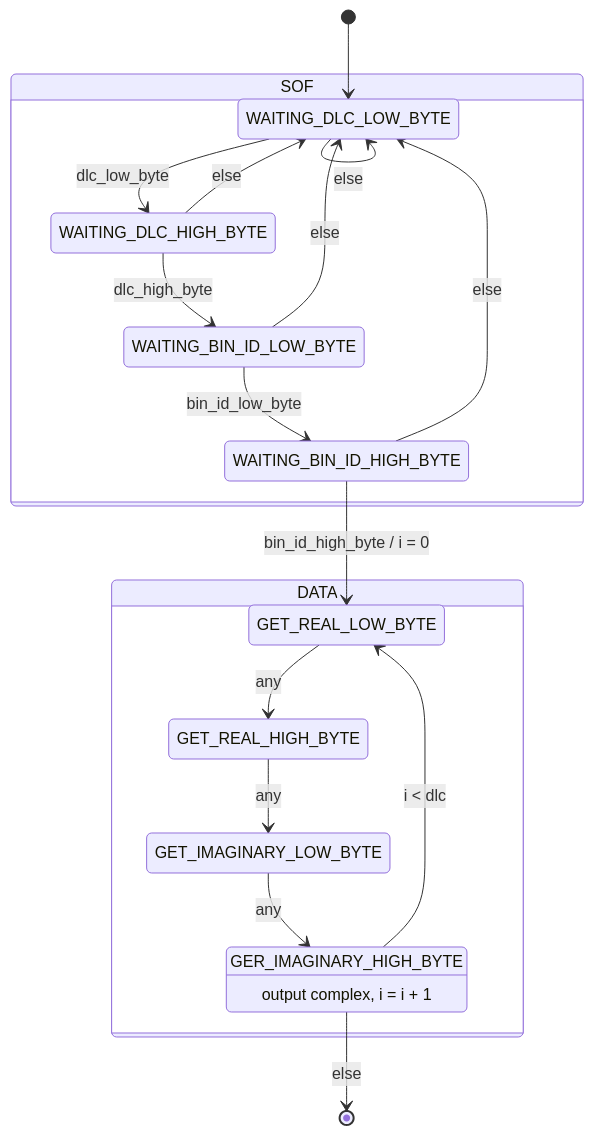
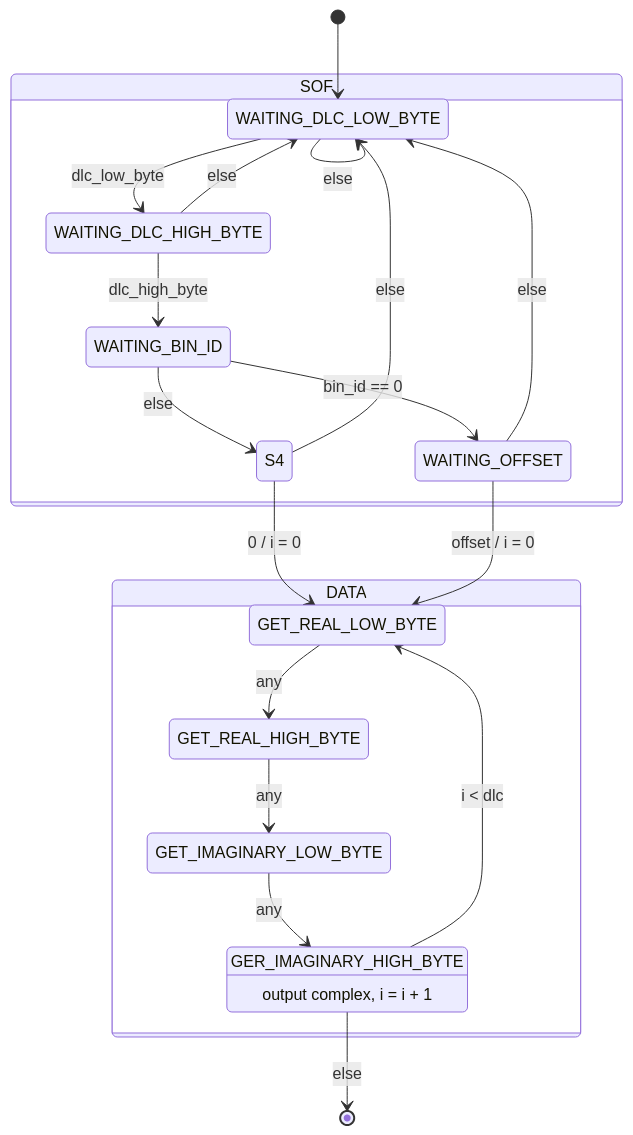
Before and after one commit to PINKCONCRETE/Millimeter-wave-Respiratory-and-Heart-Rate-Monitoring-Device: the second of 2 diagrams in README.md, drawn with Mermaid. The commit also changed other lines of this file, not shown here.

Commit message:
fix: 修复Readme中对解码的描述

````diff
--- a/README.md
+++ b/README.md
@@ -39,38 +39,41 @@
 ```mermaid
 stateDiagram-v2
     [*] --> S0
 
     state SOF {
         S0 : WAITING_DLC_LOW_BYTE
         S1 : WAITING_DLC_HIGH_BYTE
-        S2 : WAITING_BIN_ID_LOW_BYTE
-        S3 : WAITING_BIN_ID_HIGH_BYTE
+        S2 : WAITING_BIN_ID
+        S3 : WAITING_OFFSET
 
         S0 --> S1 : dlc_low_byte
         S0 --> S0 : else
 
         S1 --> S2 : dlc_high_byte
         S1 --> S0 : else
 
-        S2 --> S3 : bin_id_low_byte
-        S2 --> S0 : else
+        S2 --> S3 : bin_id == 0
+        S2 --> S4 : else
 
-        S3 --> D0 : bin_id_high_byte / i = 0
+        S4 --> D0 : 0 / i = 0
+        S4 --> S0 : else
+
+        S3 --> D0 : offset / i = 0
         S3 --> S0 : else
     }
 
     state DATA {
         D0 : GET_REAL_LOW_BYTE
         D1 : GET_REAL_HIGH_BYTE
         D2 : GET_IMAGINARY_LOW_BYTE
         D3 : GER_IMAGINARY_HIGH_BYTE
         D3 : output complex, i = i + 1
 
 
         D0 --> D1 : any
         D1 --> D2 : any
         D2 --> D3 : any
         D3 --> D0 : i < dlc
     }
     D3 --> [*] : else
 ```
````
